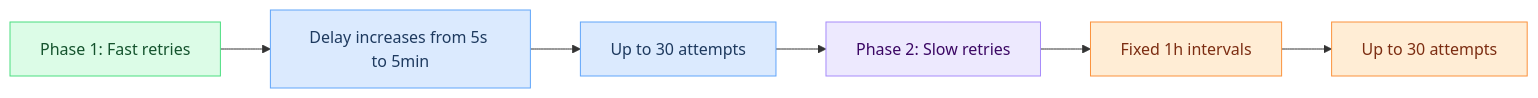
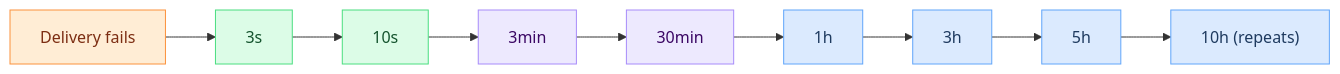
The first of 3 diagrams in documentation/explanation/webhook-retry-logic.md (hook0/hook0), drawn with Mermaid before and after one commit. The commit also changed other lines of this file and 26 other files, not shown here.

````diff
--- a/documentation/explanation/webhook-retry-logic.md
+++ b/documentation/explanation/webhook-retry-logic.md
@@ -24,13 +34,16 @@
 ```mermaid
 flowchart LR
-    A1["Phase 1: Fast retries"]:::hook0 --> A2["Delay increases from 5s to 5min"]:::external
-    A2 --> A3["Up to 30 attempts"]:::external
-    A3 --> B1["Phase 2: Slow retries"]:::processing
-    B1 --> B2["Fixed 1h intervals"]:::customer
-    B2 --> B3["Up to 30 attempts"]:::customer
+    F["Delivery fails"]:::customer --> R1["3s"]:::hook0
+    R1 --> R2["10s"]:::hook0
+    R2 --> R3["3min"]:::processing
+    R3 --> R4["30min"]:::processing
+    R4 --> R5["1h"]:::external
+    R5 --> R6["3h"]:::external
+    R6 --> R7["5h"]:::external
+    R7 --> R8["10h (repeats)"]:::external
 
     classDef external fill:#dbeafe,stroke:#60a5fa,color:#1e3a5f
     classDef hook0 fill:#dcfce7,stroke:#4ade80,color:#14532d
     classDef customer fill:#ffedd5,stroke:#fb923c,color:#7c2d12
     classDef processing fill:#ede9fe,stroke:#a78bfa,color:#3b0764
 ```
````
